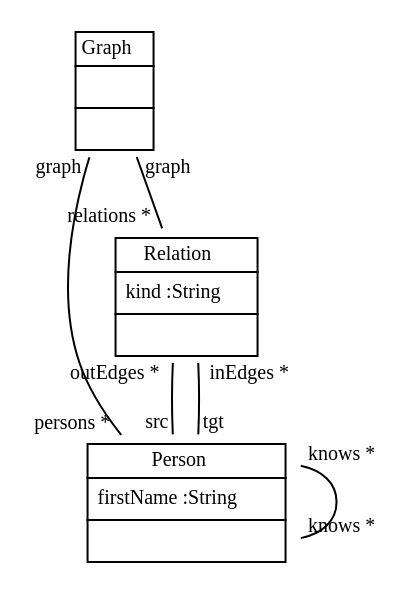
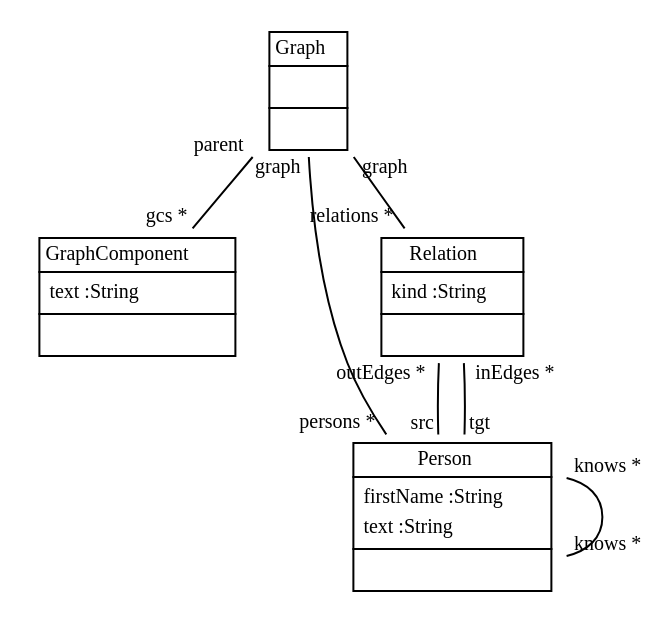
One commit to fujaba/SDMLib changed the diagram in doc/BanfM2MTransformationClassDiagram2.dot. Above: the diagram before and after it, drawn with Graphviz. The commit also changed 150 other files, not shown here.

```diff
--- a/doc/BanfM2MTransformationClassDiagram2.dot
+++ b/doc/BanfM2MTransformationClassDiagram2.dot
@@ -1,18 +1,20 @@
 
  digraph ClassDiagram {
     node [shape = none, fontsize = 10]; 
     edge [fontsize = 10];
     
     
+    _GraphComponent [label=<<table border='0' cellborder='1' cellspacing='0'> <tr> <td HREF="../src/GraphComponent.java">GraphComponent</td> </tr> <tr><td><table border='0' cellborder='0' cellspacing='0'> <tr><td align='left'>text :String</td></tr>  </table></td></tr> <tr><td><table border='0' cellborder='0' cellspacing='0'> <tr><td> </td></tr> </table></td></tr> </table>>];
     _Graph [label=<<table border='0' cellborder='1' cellspacing='0'> <tr> <td HREF="../src/Graph.java">Graph</td> </tr> <tr><td><table border='0' cellborder='0' cellspacing='0'> <tr><td> </td></tr> </table></td></tr> <tr><td><table border='0' cellborder='0' cellspacing='0'> <tr><td> </td></tr> </table></td></tr> </table>>];
-    _Person [label=<<table border='0' cellborder='1' cellspacing='0'> <tr> <td HREF="../src/Person.java">Person</td> </tr> <tr><td><table border='0' cellborder='0' cellspacing='0'> <tr><td align='left'>firstName :String</td></tr>  </table></td></tr> <tr><td><table border='0' cellborder='0' cellspacing='0'> <tr><td> </td></tr> </table></td></tr> </table>>];
+    _Person [label=<<table border='0' cellborder='1' cellspacing='0'> <tr> <td HREF="../src/Person.java">Person</td> </tr> <tr><td><table border='0' cellborder='0' cellspacing='0'> <tr><td align='left'>firstName :String</td></tr> <tr><td align='left'>text :String</td></tr>  </table></td></tr> <tr><td><table border='0' cellborder='0' cellspacing='0'> <tr><td> </td></tr> </table></td></tr> </table>>];
     _Relation [label=<<table border='0' cellborder='1' cellspacing='0'> <tr> <td HREF="../src/Relation.java">Relation</td> </tr> <tr><td><table border='0' cellborder='0' cellspacing='0'> <tr><td align='left'>kind :String</td></tr>  </table></td></tr> <tr><td><table border='0' cellborder='0' cellspacing='0'> <tr><td> </td></tr> </table></td></tr> </table>>];
     
     
     
+    _Graph -> _GraphComponent [headlabel = "gcs *" taillabel = "parent" arrowhead = "none" ];
     _Graph -> _Person [headlabel = "persons *" taillabel = "graph" arrowhead = "none" ];
     _Graph -> _Relation [headlabel = "relations *" taillabel = "graph" arrowhead = "none" ];
     _Relation -> _Person [headlabel = "src" taillabel = "outEdges *" arrowhead = "none" ];
     _Relation -> _Person [headlabel = "tgt" taillabel = "inEdges *" arrowhead = "none" ];
     _Person -> _Person [headlabel = "knows *" taillabel = "knows *" arrowhead = "none" ];
 }
```
